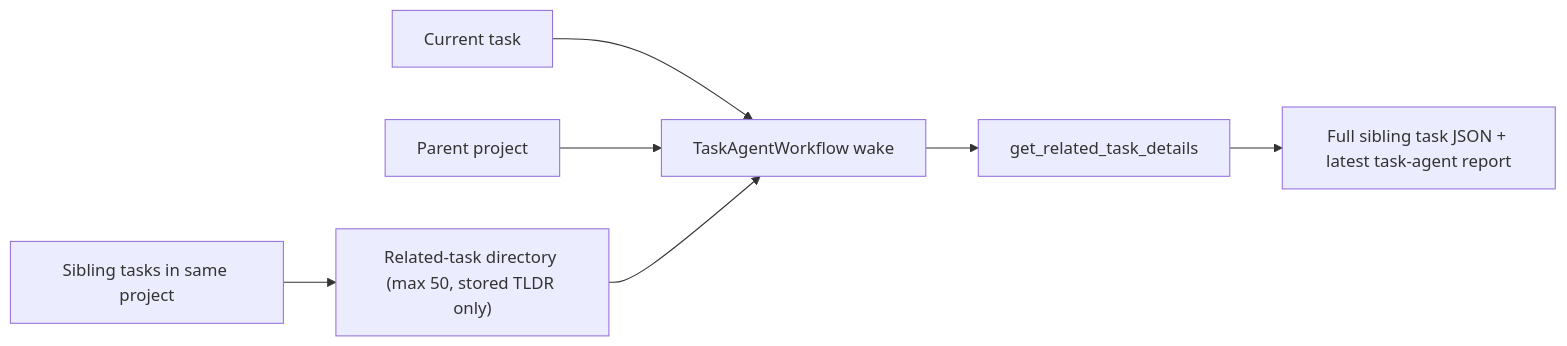
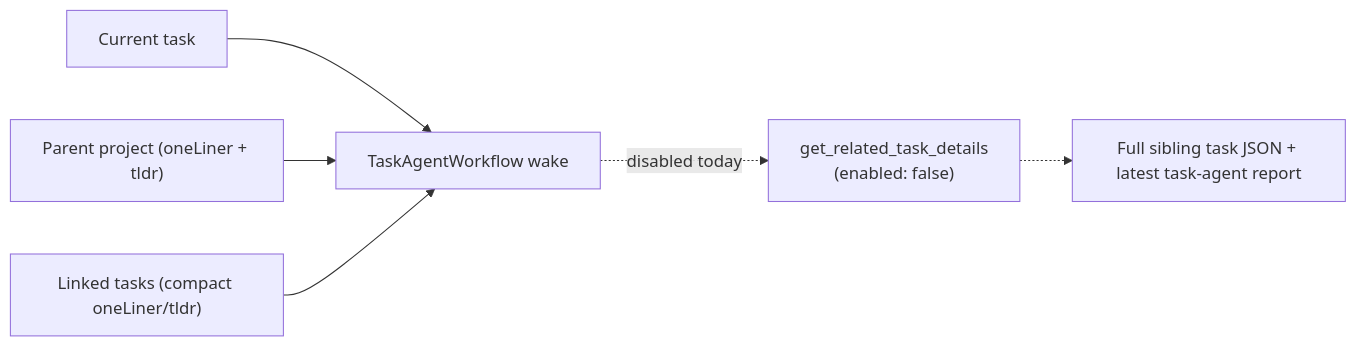
The first of 17 diagrams in lib/features/agents/README.md (matthiasn/lotti), drawn with Mermaid before and after one commit. The commit also changed other lines of this file and 15 other files, not shown here.

````diff
--- a/lib/features/agents/README.md
+++ b/lib/features/agents/README.md
@@ -75,9 +81,8 @@
 ```mermaid
 flowchart LR
   Task["Current task"] --> Wake["TaskAgentWorkflow wake"]
-  Project["Parent project"] --> Wake
-  Siblings["Sibling tasks in same project"] --> Directory["Related-task directory (max 50, stored TLDR only)"]
-  Directory --> Wake
-  Wake --> Drill["get_related_task_details"]
-  Drill --> FullSibling["Full sibling task JSON + latest task-agent report"]
+  Project["Parent project (oneLiner + tldr)"] --> Wake
+  Linked["Linked tasks (compact oneLiner/tldr)"] --> Wake
+  Wake -.->|disabled today| Drill["get_related_task_details<br/>(enabled: false)"]
+  Drill -.-> FullSibling["Full sibling task JSON + latest task-agent report"]
 ```
````
